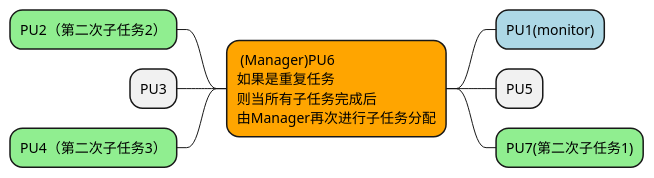
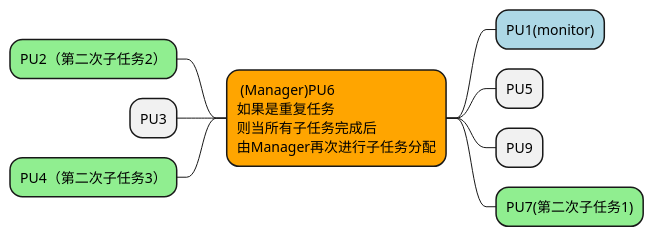
Diagram 19 of 34 in 东方国信工作资料/compaction/compaction重构介绍ppt思维导图.md (HarpsealCC/note), drawn with PlantUML before and after one commit. The commit also changed other lines of this file, not shown here.

````diff
--- a/东方国信工作资料/compaction/compaction重构介绍ppt思维导图.md
+++ b/东方国信工作资料/compaction/compaction重构介绍ppt思维导图.md
@@ -301,14 +301,15 @@
 ```plantuml
 @startmindmap
 *[#Orange]: (Manager)PU6
 如果是重复任务
 则当所有子任务完成后
 由Manager再次进行子任务分配;
 ++[#lightblue] PU1(monitor)
 --[#lightgreen] PU2（第二次子任务2）
 -- PU3
 --[#lightgreen] PU4（第二次子任务3）
 ++ PU5
+++ PU9
 ++[#lightgreen] PU7(第二次子任务1)
 @endmindmap
 ```
````
